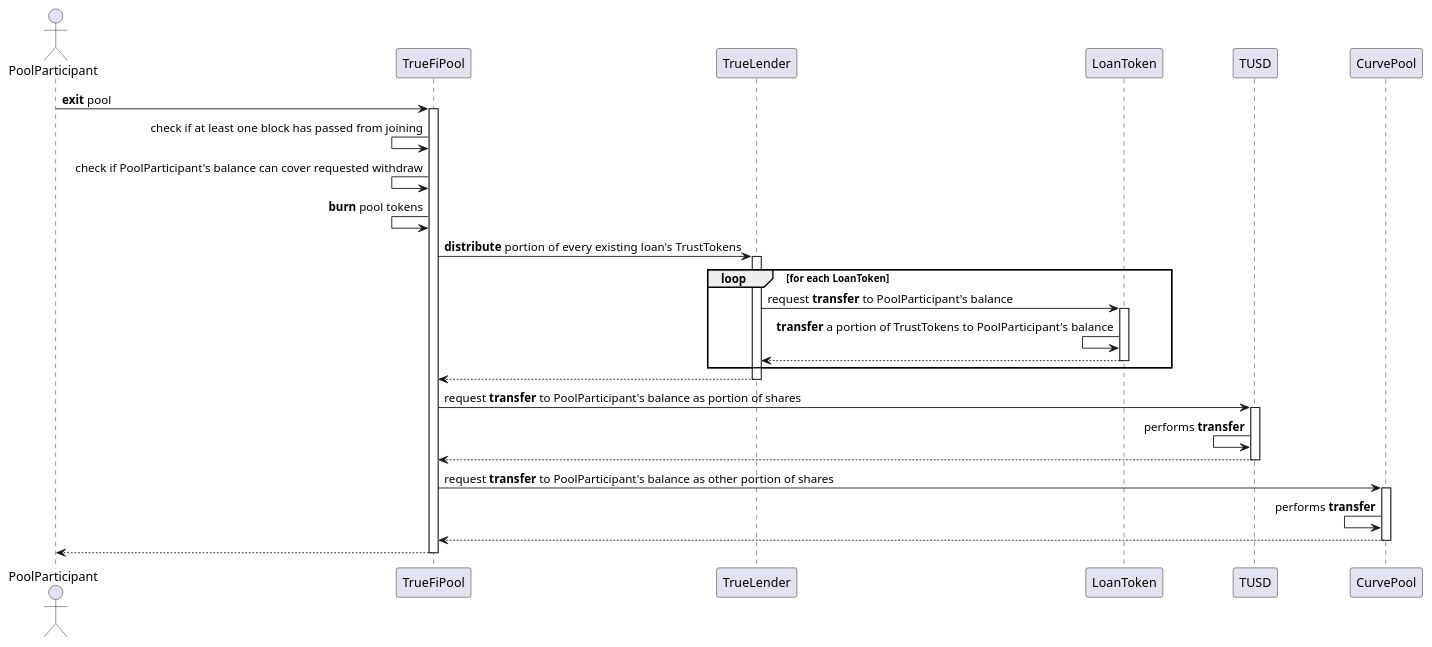
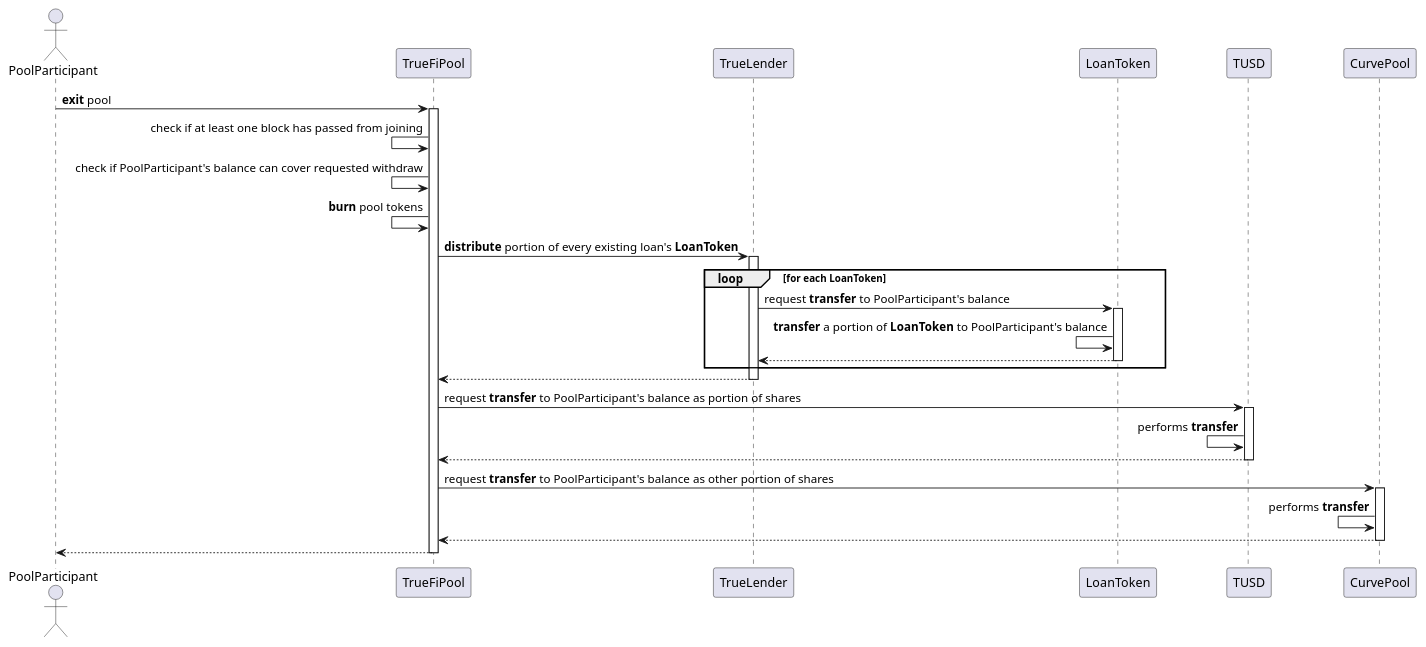
The diagram in contracts/truefi/docs/UsersInteractions/poolExit_sequence.puml (yuchennil/smart-contracts), drawn with PlantUML before and after one commit. The commit also changed 1 other file, not shown here.

```diff
--- a/contracts/truefi/docs/UsersInteractions/poolExit_sequence.puml
+++ b/contracts/truefi/docs/UsersInteractions/poolExit_sequence.puml
@@ -1,42 +1,42 @@
 @startuml exitingPool
 actor PoolParticipant
 
 PoolParticipant -> TrueFiPool : **exit** pool
 activate TrueFiPool
 
 TrueFiPool <- TrueFiPool: check if at least one block has passed from joining
 TrueFiPool <- TrueFiPool: check if PoolParticipant's balance can cover requested withdraw
 TrueFiPool <- TrueFiPool: **burn** pool tokens
 
-TrueFiPool -> TrueLender: **distribute** portion of every existing loan's TrustTokens
+TrueFiPool -> TrueLender: **distribute** portion of every existing loan's **LoanToken**
 activate TrueLender
 
 loop for each LoanToken
 
     TrueLender -> LoanToken: request **transfer** to PoolParticipant's balance 
     activate LoanToken
-    LoanToken <- LoanToken: **transfer** a portion of TrustTokens to PoolParticipant's balance
+    LoanToken <- LoanToken: **transfer** a portion of **LoanToken** to PoolParticipant's balance
     TrueLender <-- LoanToken
     deactivate LoanToken
     end
 
 TrueFiPool <-- TrueLender
 deactivate TrueLender
 
 TrueFiPool -> TUSD: request **transfer** to PoolParticipant's balance as portion of shares
 
 activate TUSD
 TUSD <- TUSD: performs **transfer**
 TrueFiPool <-- TUSD
 deactivate TUSD
 
 TrueFiPool -> CurvePool: request **transfer** to PoolParticipant's balance as other portion of shares
 
 activate CurvePool
 CurvePool <- CurvePool: performs **transfer**
 TrueFiPool <-- CurvePool
 deactivate CurvePool
 
 PoolParticipant <-- TrueFiPool
 deactivate TrueFiPool
 @enduml
```
